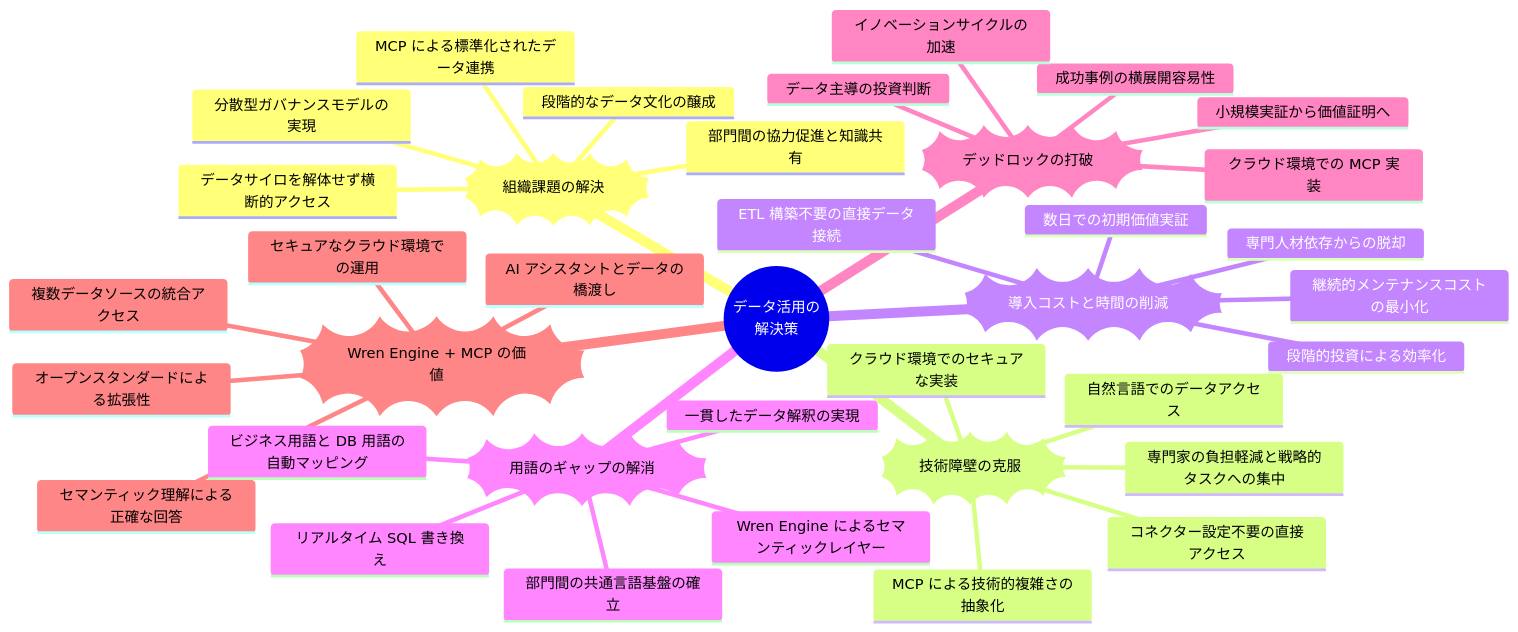
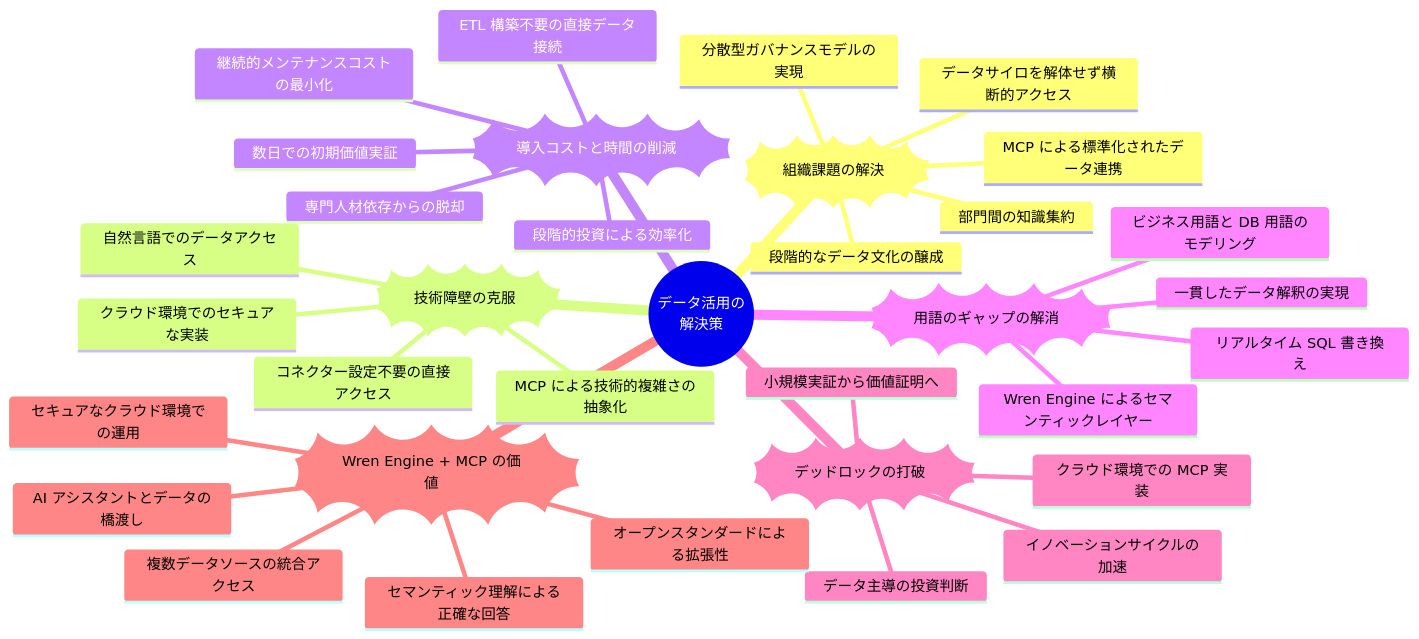
One commit to littlemex/aws-samples changed the second of 2 diagrams in databases/wren/blog/README.md. Above: the diagram before and after it, drawn with Mermaid. The commit also changed other lines of this file, not shown here.

````diff
--- a/databases/wren/blog/README.md
+++ b/databases/wren/blog/README.md
@@ -216,46 +174,43 @@
 ```mermaid
 mindmap
   root((データ活用の<br>解決策))
     ))組織課題の解決((
       ::icon(fa fa-users)
       データサイロを解体せず横断的アクセス
       MCP による標準化されたデータ連携
       分散型ガバナンスモデルの実現
       段階的なデータ文化の醸成
-      部門間の協力促進と知識共有
+      部門間の知識集約
     ))技術障壁の克服((
       ::icon(fa fa-code)
       自然言語でのデータアクセス
       MCP による技術的複雑さの抽象化
       クラウド環境でのセキュアな実装
       コネクター設定不要の直接アクセス
-      専門家の負担軽減と戦略的タスクへの集中
     ))導入コストと時間の削減((
       ::icon(fa fa-money-bill)
       数日での初期価値実証
       ETL 構築不要の直接データ接続
       段階的投資による効率化
       専門人材依存からの脱却
       継続的メンテナンスコストの最小化
     ))用語のギャップの解消((
       ::icon(fa fa-language)
       Wren Engine によるセマンティックレイヤー
-      ビジネス用語と DB 用語の自動マッピング
+      ビジネス用語と DB 用語のモデリング
       リアルタイム SQL 書き換え
       一貫したデータ解釈の実現
-      部門間の共通言語基盤の確立
     ))デッドロックの打破((
       ::icon(fa fa-unlock)
       小規模実証から価値証明へ
       クラウド環境での MCP 実装
       データ主導の投資判断
-      成功事例の横展開容易性
       イノベーションサイクルの加速
     ))Wren Engine + MCP の価値((
       ::icon(fa fa-rocket)
       AI アシスタントとデータの橋渡し
       セマンティック理解による正確な回答
       複数データソースの統合アクセス
       セキュアなクラウド環境での運用
       オープンスタンダードによる拡張性
 ```
````
